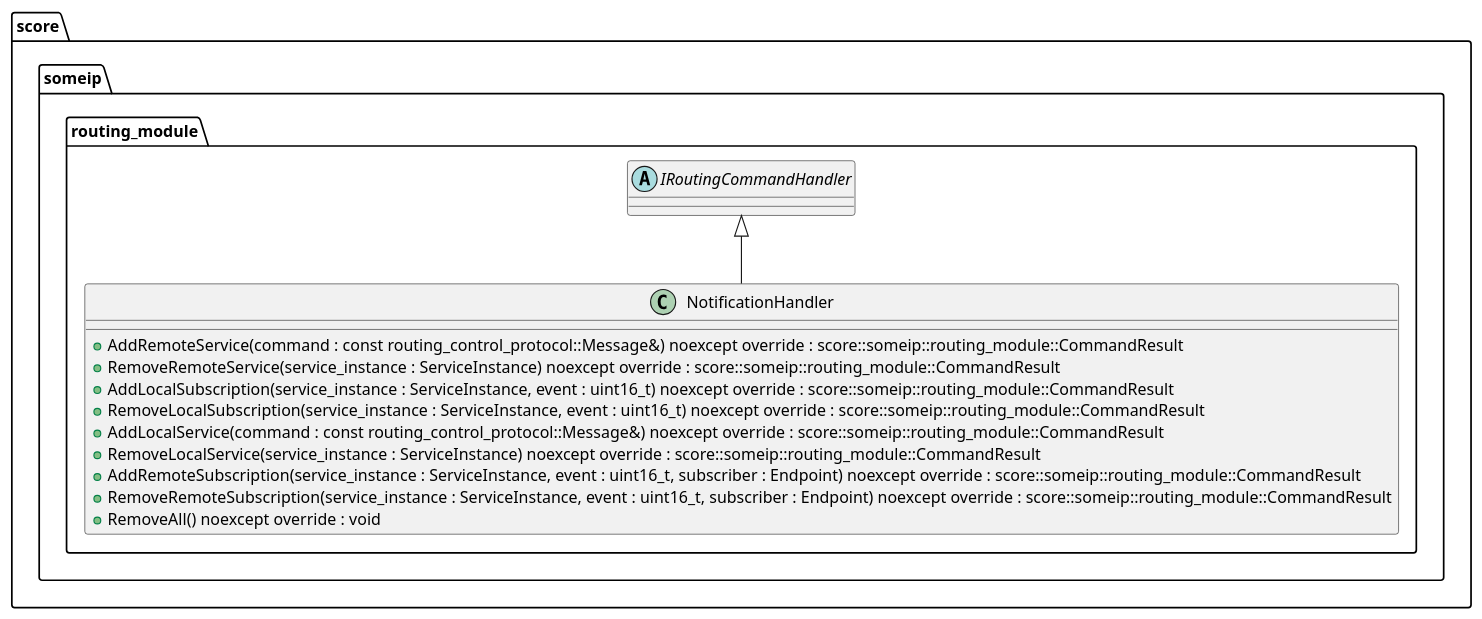
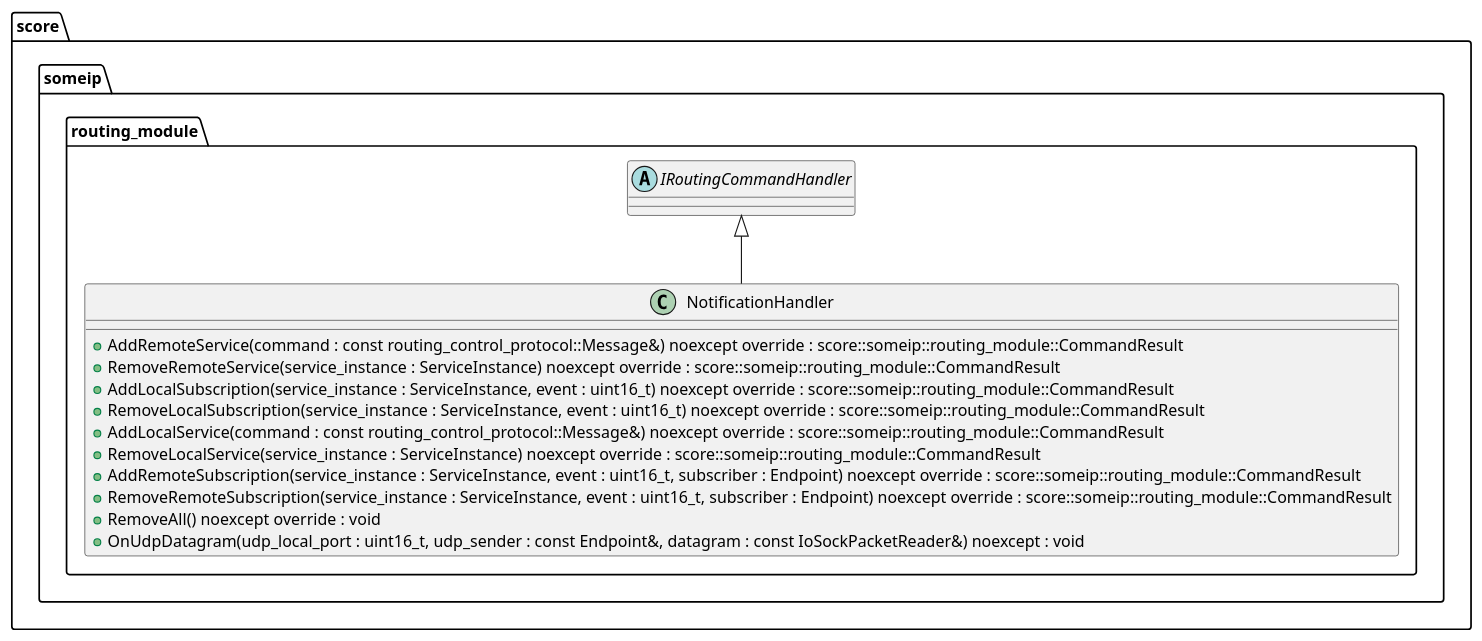
One commit to eclipse-score/communication changed the diagram in score/someip/routing_module/notification_handler/dependability/notification_handler_class.puml. Above: the diagram before and after it, drawn with PlantUML. The commit also changed 12 other files, not shown here.

```diff
--- a/score/someip/routing_module/notification_handler/dependability/notification_handler_class.puml
+++ b/score/someip/routing_module/notification_handler/dependability/notification_handler_class.puml
@@ -14,22 +14,23 @@
 @startuml notification_handler_class
 
 namespace score.someip.routing_module {
 
     abstract class IRoutingCommandHandler
 
     class NotificationHandler {
         + AddRemoteService(command : const routing_control_protocol::Message&) noexcept override : score::someip::routing_module::CommandResult
         + RemoveRemoteService(service_instance : ServiceInstance) noexcept override : score::someip::routing_module::CommandResult
         + AddLocalSubscription(service_instance : ServiceInstance, event : uint16_t) noexcept override : score::someip::routing_module::CommandResult
         + RemoveLocalSubscription(service_instance : ServiceInstance, event : uint16_t) noexcept override : score::someip::routing_module::CommandResult
         + AddLocalService(command : const routing_control_protocol::Message&) noexcept override : score::someip::routing_module::CommandResult
         + RemoveLocalService(service_instance : ServiceInstance) noexcept override : score::someip::routing_module::CommandResult
         + AddRemoteSubscription(service_instance : ServiceInstance, event : uint16_t, subscriber : Endpoint) noexcept override : score::someip::routing_module::CommandResult
         + RemoveRemoteSubscription(service_instance : ServiceInstance, event : uint16_t, subscriber : Endpoint) noexcept override : score::someip::routing_module::CommandResult
         + RemoveAll() noexcept override : void
+        + OnUdpDatagram(udp_local_port : uint16_t, udp_sender : const Endpoint&, datagram : const IoSockPacketReader&) noexcept : void
     }
 
     IRoutingCommandHandler <|-- NotificationHandler
 }
 
 @enduml
```
